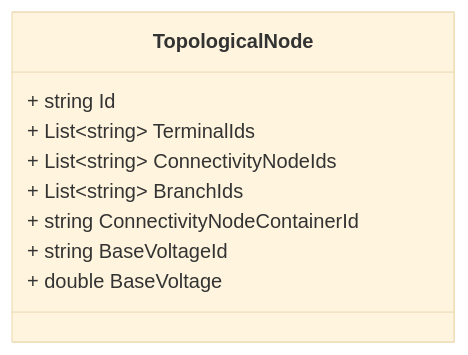
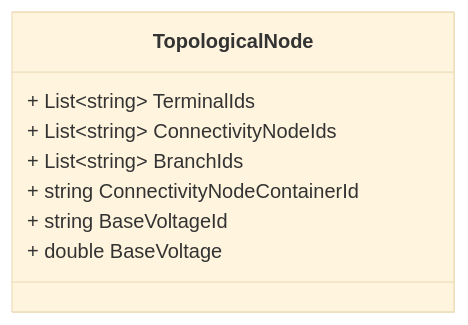
Before and after one commit to zaphiro-technologies/protobuf: the second of 5 diagrams in docs/topology.proto.md, drawn with Mermaid (base theme). The commit also changed other lines of this file and 4 other files, not shown here.

````diff
--- a/docs/topology.proto.md
+++ b/docs/topology.proto.md
@@ -47,19 +47,18 @@
 ```mermaid
 classDiagram
 direction LR
 
 %% A topology Node information.
 %% * To be used in ComputedTopology message.
 %% 
 
 class TopologicalNode {
-  + string Id
   + List~string~ TerminalIds
   + List~string~ ConnectivityNodeIds
   + List~string~ BranchIds
   + string ConnectivityNodeContainerId
   + string BaseVoltageId
   + double BaseVoltage
 }
 
 ```
````
